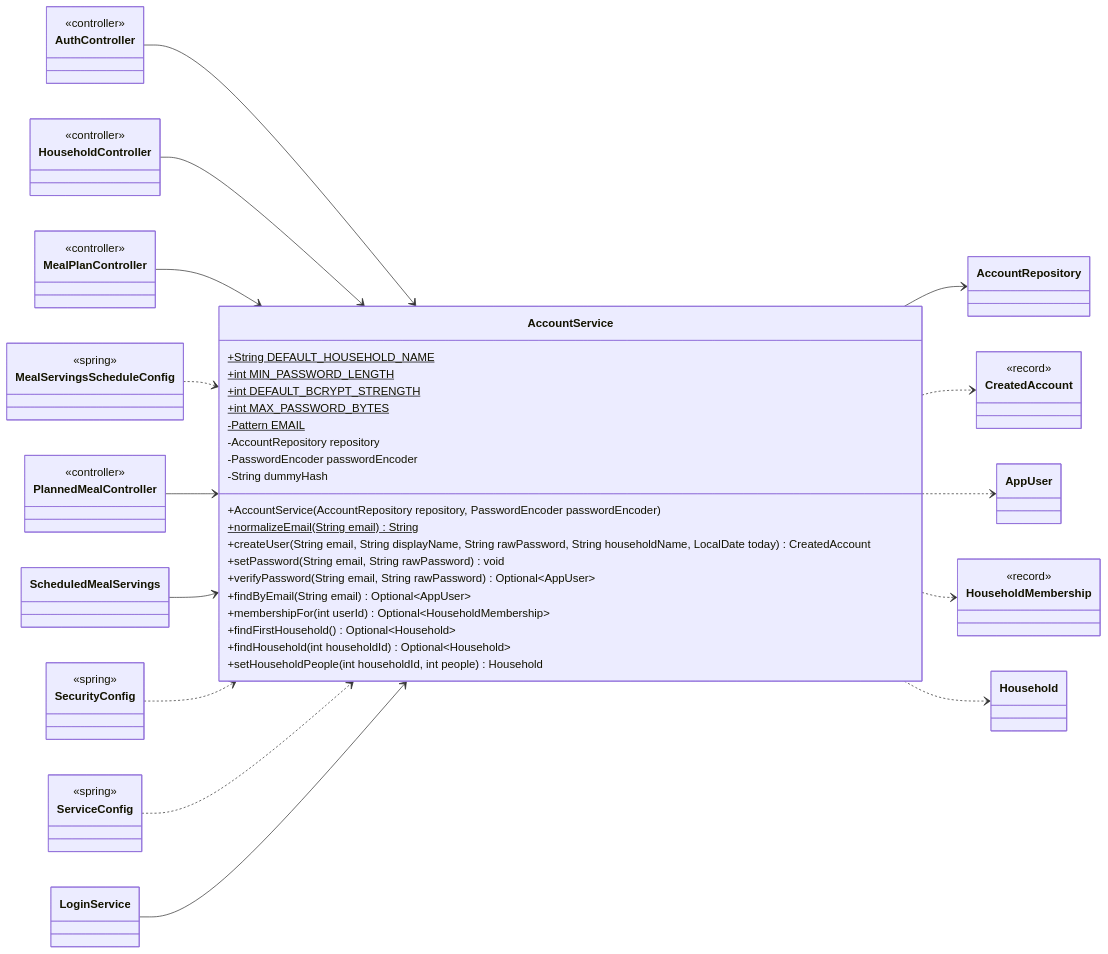
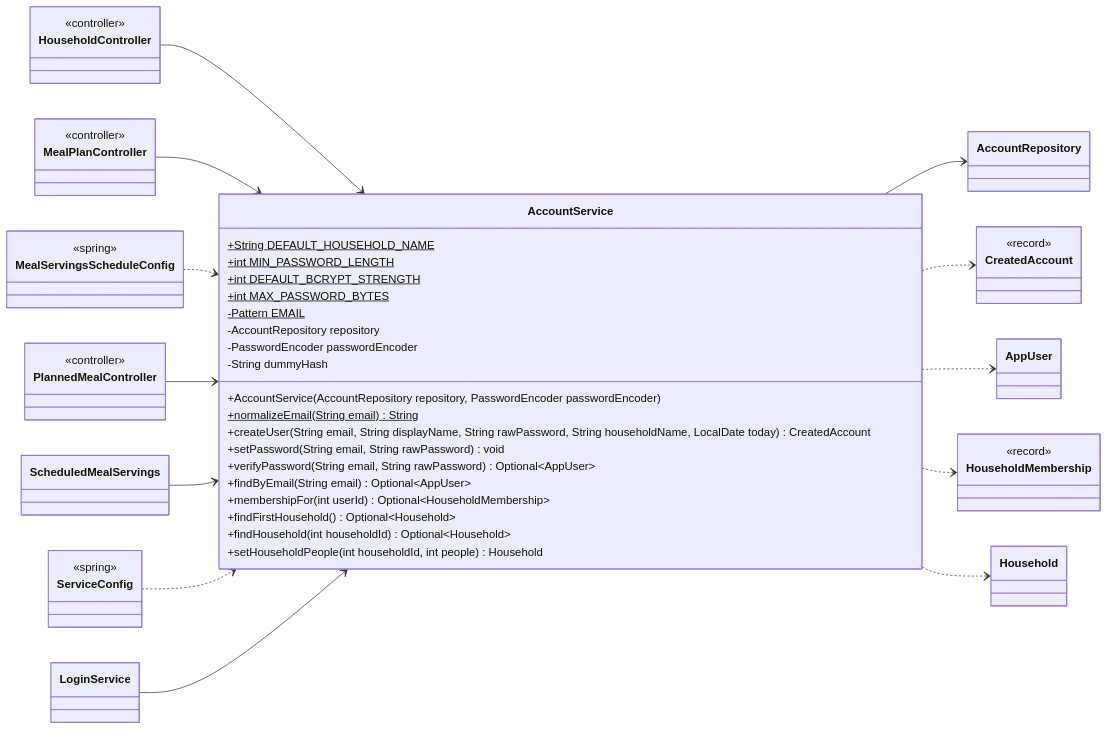
The third of 15 diagrams in docs/classes/auth.md (Nate-ryan-7690/dahaem), drawn with Mermaid before and after one commit. The commit also changed other lines of this file and 4 other files, not shown here.

````diff
--- a/docs/classes/auth.md
+++ b/docs/classes/auth.md
@@ -150,70 +150,62 @@
 ```mermaid
 classDiagram
     direction LR
     class auth_AccountService["AccountService"] {
         +String DEFAULT_HOUSEHOLD_NAME$
         +int MIN_PASSWORD_LENGTH$
         +int DEFAULT_BCRYPT_STRENGTH$
         +int MAX_PASSWORD_BYTES$
         -Pattern EMAIL$
         -AccountRepository repository
         -PasswordEncoder passwordEncoder
         +AccountService(AccountRepository repository, PasswordEncoder passwordEncoder)
         +normalizeEmail(String email) String$
         +createUser(String email, String displayName, String rawPassword, String householdName, LocalDate today) CreatedAccount
         +setPassword(String email, String rawPassword) void
         -String dummyHash
         +verifyPassword(String email, String rawPassword) Optional~AppUser~
         +findByEmail(String email) Optional~AppUser~
         +membershipFor(int userId) Optional~HouseholdMembership~
         +findFirstHousehold() Optional~Household~
         +findHousehold(int householdId) Optional~Household~
         +setHouseholdPeople(int householdId, int people) Household
     }
     class auth_AccountRepository["AccountRepository"]
-    class api_AuthController["AuthController"] {
-        <<controller>>
-    }
     class api_HouseholdController["HouseholdController"] {
         <<controller>>
     }
     class api_MealPlanController["MealPlanController"] {
         <<controller>>
     }
     class api_PlannedMealController["PlannedMealController"] {
         <<controller>>
     }
     class api_ScheduledMealServings["ScheduledMealServings"]
     class auth_LoginService["LoginService"]
     class auth_CreatedAccount["CreatedAccount"] {
         <<record>>
     }
     class auth_AppUser["AppUser"]
     class auth_HouseholdMembership["HouseholdMembership"] {
         <<record>>
     }
     class auth_Household["Household"]
     class api_MealServingsScheduleConfig["MealServingsScheduleConfig"] {
         <<spring>>
     }
-    class api_SecurityConfig["SecurityConfig"] {
-        <<spring>>
-    }
     class api_ServiceConfig["ServiceConfig"] {
         <<spring>>
     }
     auth_AccountService --> auth_AccountRepository
     auth_AccountService ..> auth_CreatedAccount
     auth_AccountService ..> auth_AppUser
     auth_AccountService ..> auth_HouseholdMembership
     auth_AccountService ..> auth_Household
-    api_AuthController --> auth_AccountService
     api_HouseholdController --> auth_AccountService
     api_MealPlanController --> auth_AccountService
     api_MealServingsScheduleConfig ..> auth_AccountService
     api_PlannedMealController --> auth_AccountService
     api_ScheduledMealServings --> auth_AccountService
-    api_SecurityConfig ..> auth_AccountService
     api_ServiceConfig ..> auth_AccountService
     auth_LoginService --> auth_AccountService
 ```
````
